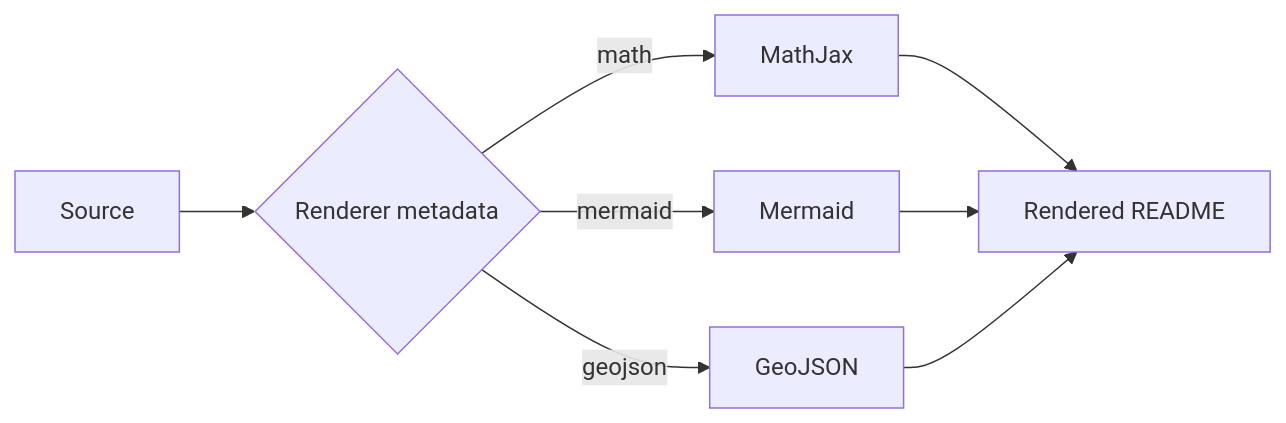
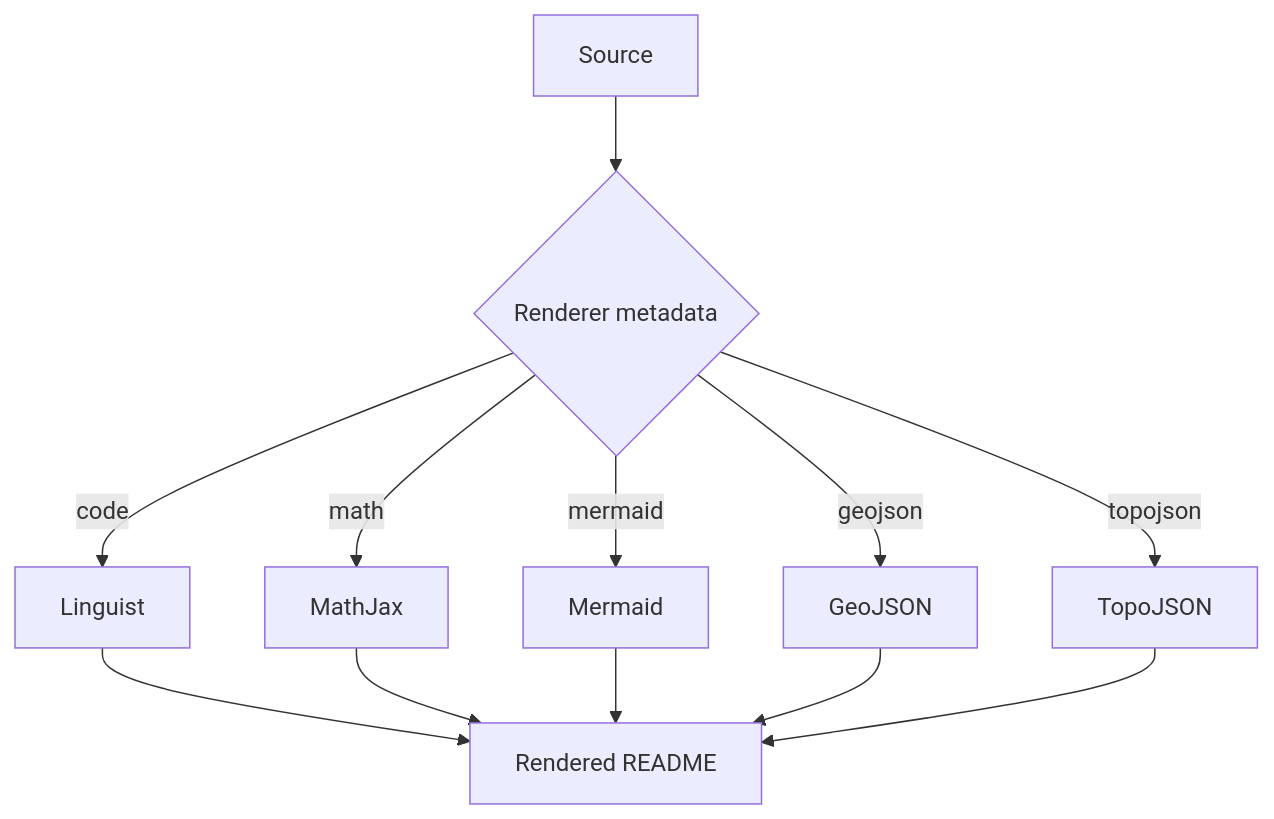
The second of 6 diagrams in README.md (thiepn/markdown), drawn with Mermaid before and after one commit. The commit also changed other lines of this file, not shown here.

Commit message:
M11: build interactive TopoJSON topology showcase

````diff
--- a/README.md
+++ b/README.md
@@ -755,10 +703,14 @@
 ```mermaid
-flowchart LR
+flowchart TD
     SRC[Source] --> TYPE{Renderer metadata}
+    TYPE -- code --> L[Linguist]
     TYPE -- math --> MJ[MathJax]
     TYPE -- mermaid --> MM[Mermaid]
-    TYPE -- geojson --> GEO[GeoJSON]
-    MJ --> OUT[Rendered README]
+    TYPE -- geojson --> GJ[GeoJSON]
+    TYPE -- topojson --> TJ[TopoJSON]
+    L --> OUT[Rendered README]
+    MJ --> OUT
     MM --> OUT
-    GEO --> OUT
+    GJ --> OUT
+    TJ --> OUT
 ```
````
